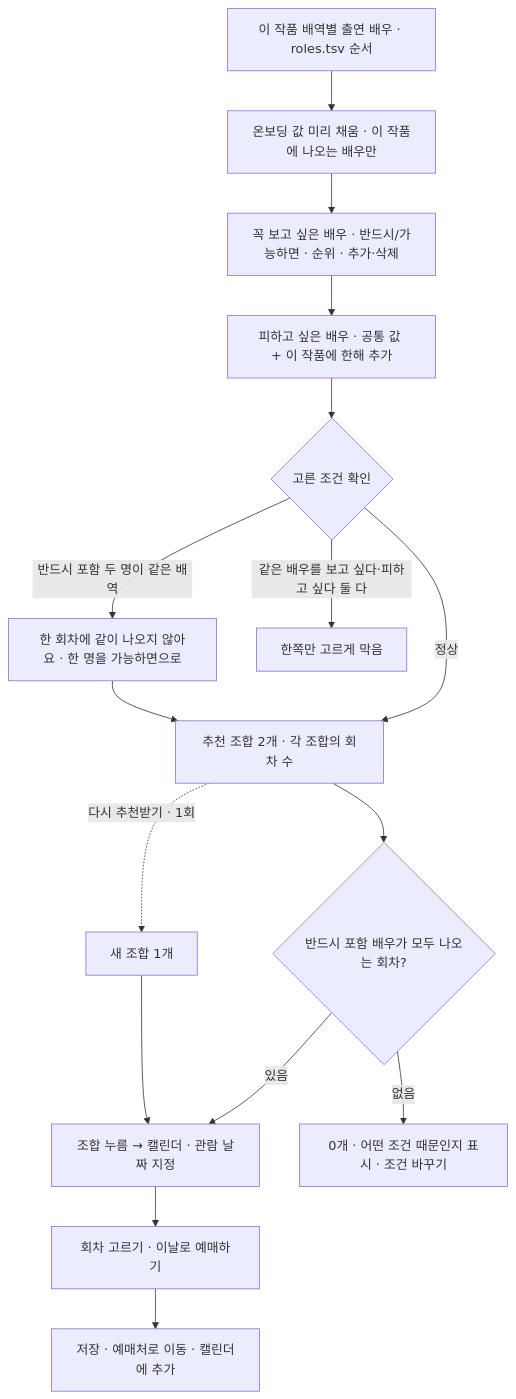
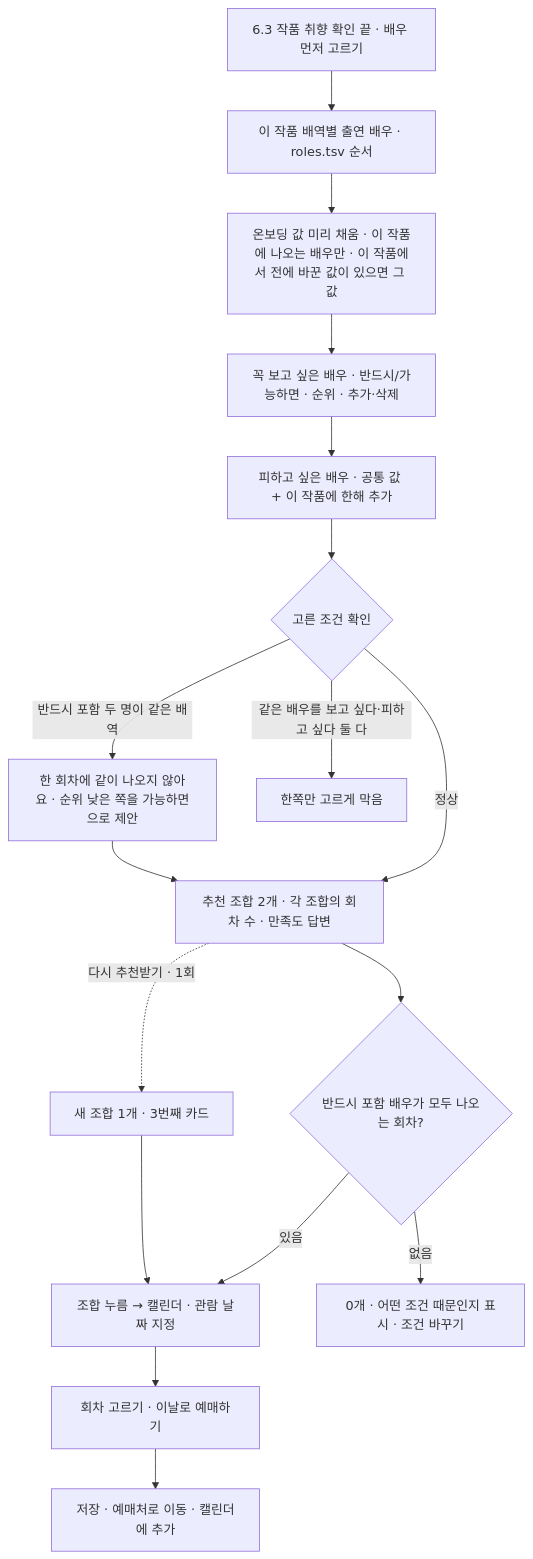
The seventh of 8 diagrams in docs/261027_2_MVP_사용자흐름.md (2ma1995/pickle-src), drawn with Mermaid before and after one commit. The commit also changed other lines of this file, not shown here.

First line of the commit message:
MVP 사용자 흐름 문서 v0.6: 작품 취향 확인 단계·조합 만족도·태그 형식 관람 후 리뷰, 남은 결정 확정

````diff
--- a/docs/261027_2_MVP_사용자흐름.md
+++ b/docs/261027_2_MVP_사용자흐름.md
@@ -318,17 +365,18 @@
 ```mermaid
 flowchart TD
-    A["이 작품 배역별 출연 배우 · roles.tsv 순서"] --> P["온보딩 값 미리 채움 · 이 작품에 나오는 배우만"]
+    START["6.3 작품 취향 확인 끝 · 배우 먼저 고르기"] --> A["이 작품 배역별 출연 배우 · roles.tsv 순서"]
+    A --> P["온보딩 값 미리 채움 · 이 작품에 나오는 배우만 · 이 작품에서 전에 바꾼 값이 있으면 그 값"]
     P --> B["꼭 보고 싶은 배우 · 반드시/가능하면 · 순위 · 추가·삭제"]
     B --> C["피하고 싶은 배우 · 공통 값 + 이 작품에 한해 추가"]
     C --> V{"고른 조건 확인"}
-    V -->|반드시 포함 두 명이 같은 배역| V1["한 회차에 같이 나오지 않아요 · 한 명을 가능하면으로"]
+    V -->|반드시 포함 두 명이 같은 배역| V1["한 회차에 같이 나오지 않아요 · 순위 낮은 쪽을 가능하면으로 제안"]
     V -->|같은 배우를 보고 싶다·피하고 싶다 둘 다| V2["한쪽만 고르게 막음"]
-    V -->|정상| E["추천 조합 2개 · 각 조합의 회차 수"]
+    V -->|정상| E["추천 조합 2개 · 각 조합의 회차 수 · 만족도 답변"]
     V1 --> E
     E --> F{"반드시 포함 배우가 모두 나오는 회차?"}
     F -->|있음| G["조합 누름 → 캘린더 · 관람 날짜 지정"]
     F -->|없음| F1["0개 · 어떤 조건 때문인지 표시 · 조건 바꾸기"]
-    E -.->|다시 추천받기 · 1회| E2["새 조합 1개"] --> G
+    E -.->|다시 추천받기 · 1회| E2["새 조합 1개 · 3번째 카드"] --> G
     G --> H["회차 고르기 · 이날로 예매하기"]
     H --> I["저장 · 예매처로 이동 · 캘린더에 추가"]
 ```
````
